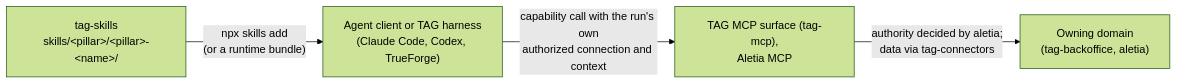
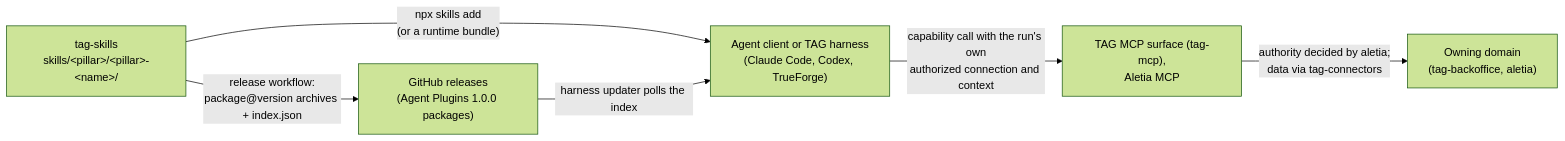
Before and after one commit to theapotheosisgroup/tag-skills: the diagram in ARCHITECTURE.md, drawn with Mermaid (forest theme). The commit also changed other lines of this file and 33 other files, not shown here.

First line of the commit message:
feat(packages): release skills as versioned Agent Plugins 1.0.0 packages (#7)

````diff
--- a/ARCHITECTURE.md
+++ b/ARCHITECTURE.md
@@ -5,6 +5,8 @@
 ```mermaid
 flowchart LR
   repo["tag-skills<br/>skills/&lt;pillar&gt;/&lt;pillar&gt;-&lt;name&gt;/"] -- "npx skills add<br/>(or a runtime bundle)" --> client["Agent client or TAG harness<br/>(Claude Code, Codex, TrueForge)"]
+  repo -- "release workflow:<br/>package@version archives + index.json" --> releases["GitHub releases<br/>(Agent Plugins 1.0.0 packages)"]
+  releases -- "harness updater polls the index" --> client
   client -- "capability call with the run's own<br/>authorized connection and context" --> mcp["TAG MCP surface (tag-mcp),<br/>Aletia MCP"]
   mcp -- "authority decided by aletia;<br/>data via tag-connectors" --> domain["Owning domain<br/>(tag-backoffice, aletia)"]
 ```
````
